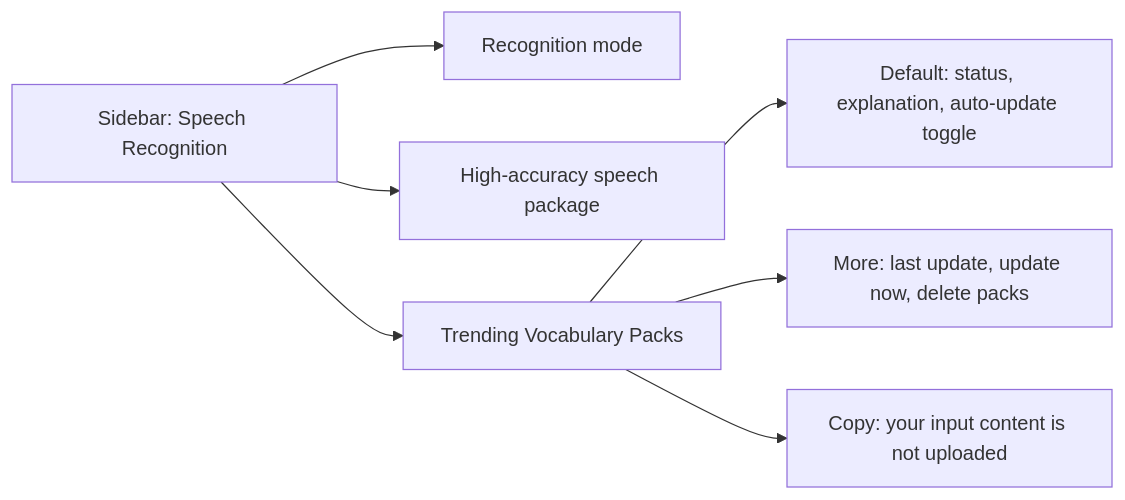
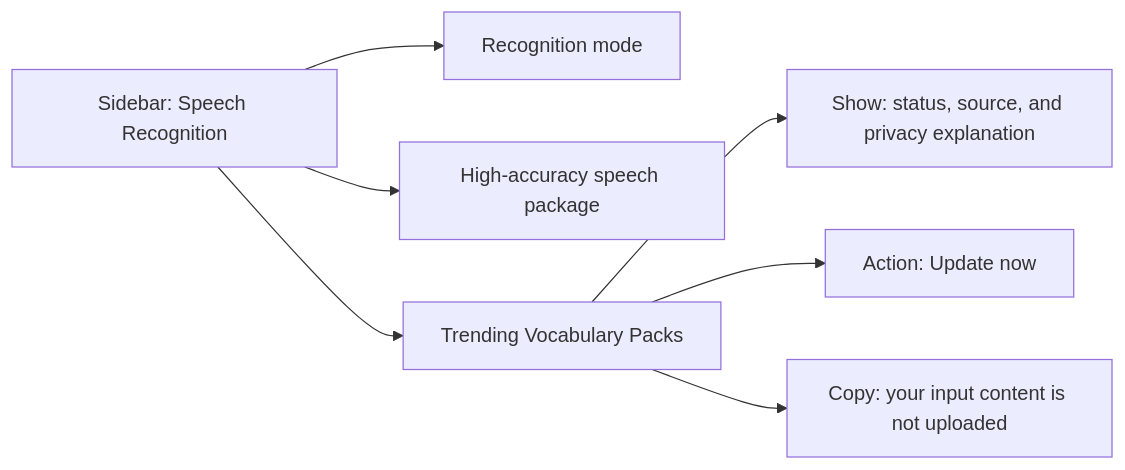
Before and after one commit to whnnick/readytype: the fourth of 4 diagrams in docs/versions/1.4.0/INTERACTION_FLOW.md, drawn with Mermaid. The commit also changed other lines of this file and 12 other files, not shown here.

````diff
--- a/docs/versions/1.4.0/INTERACTION_FLOW.md
+++ b/docs/versions/1.4.0/INTERACTION_FLOW.md
@@ -75,9 +69,9 @@
 ```mermaid
 flowchart LR
     A["Sidebar: Speech Recognition"] --> B["Recognition mode"]
     A --> C["High-accuracy speech package"]
     A --> D["Trending Vocabulary Packs"]
-    D --> E["Default: status, explanation, auto-update toggle"]
-    D --> F["More: last update, update now, delete packs"]
+    D --> E["Show: status, source, and privacy explanation"]
+    D --> F["Action: Update now"]
     D --> G["Copy: your input content is not uploaded"]
 ```
````
